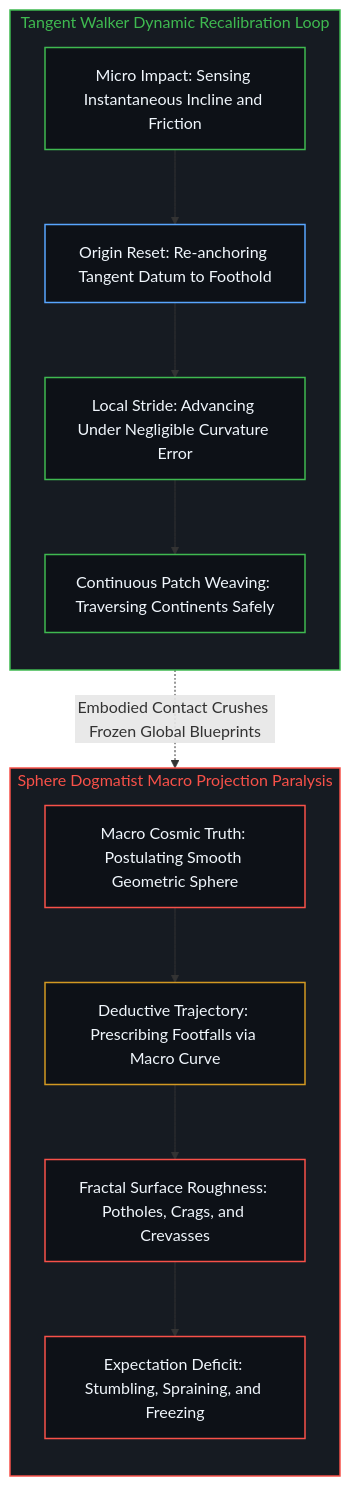
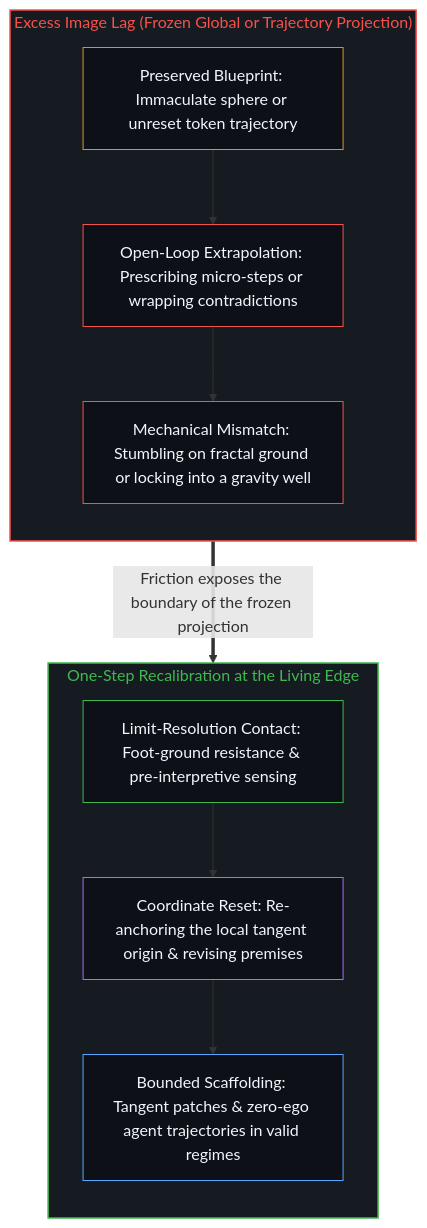
One commit to powerpig99/not-a-toe changed the second of 2 diagrams in content/posts/the-walking-tangent-and-the-stumbling-sphere.md. Above: the diagram before and after it, drawn with Mermaid. The commit also changed other lines of this file and 1 other file, not shown here.

Commit message:
Refine the-walking-tangent-and-the-stumbling-sphere (Wave 3 L2 #135)

````diff
--- a/content/posts/the-walking-tangent-and-the-stumbling-sphere.md
+++ b/content/posts/the-walking-tangent-and-the-stumbling-sphere.md
@@ -61,31 +79,29 @@
 ```mermaid
 flowchart TD
-    classDef default fill:#0d1117,stroke:#30363d,stroke-width:1px,color:#f0f6fc;
-    classDef mind fill:#0d1117,stroke:#3fb950,stroke-width:1.5px,color:#f0f6fc;
-    classDef warn fill:#0d1117,stroke:#d29922,stroke-width:1.5px,color:#f0f6fc;
-    classDef fail fill:#0d1117,stroke:#f85149,stroke-width:1.5px,color:#f0f6fc;
-    classDef model fill:#0d1117,stroke:#58a6ff,stroke-width:1.5px,color:#f0f6fc;
-
-    subgraph S_TangentWalker ["Tangent Walker Dynamic Recalibration Loop"]
+    subgraph S_Frozen ["Excess Image Lag (Frozen Global or Trajectory Projection)"]
         direction TB
-        FootstepImpact["Micro Impact: Sensing Instantaneous Incline and Friction"]:::mind
-        ResetOrigin["Origin Reset: Re-anchoring Tangent Datum to Foothold"]:::model
-        LocalStep["Local Stride: Advancing Under Negligible Curvature Error"]:::mind
-        InfinitePatch["Continuous Patch Weaving: Traversing Continents Safely"]:::mind
-        FootstepImpact --> ResetOrigin --> LocalStep --> InfinitePatch
+        MacroModel["Preserved Blueprint: Immaculate sphere or unreset token trajectory"]
+        OpenLoop["Open-Loop Extrapolation: Prescribing micro-steps or wrapping contradictions"]
+        Stumble["Mechanical Mismatch: Stumbling on fractal ground or locking into a gravity well"]
+        MacroModel --> OpenLoop --> Stumble
     end
 
-    subgraph S_SphereDogmatist ["Sphere Dogmatist Macro Projection Paralysis"]
+    subgraph S_Recal ["One-Step Recalibration at the Living Edge"]
         direction TB
-        GlobalSphere["Macro Cosmic Truth: Postulating Smooth Geometric Sphere"]:::fail
-        RigidCurvature["Deductive Trajectory: Prescribing Footfalls via Macro Curve"]:::warn
-        FracturedGround["Fractal Surface Roughness: Potholes, Crags, and Crevasses"]:::fail
-        StumbleParalysis["Expectation Deficit: Stumbling, Spraining, and Freezing"]:::fail
-        GlobalSphere --> RigidCurvature --> FracturedGround --> StumbleParalysis
+        Contact["Limit-Resolution Contact: Foot-ground resistance & pre-interpretive sensing"]
+        Reset["Coordinate Reset: Re-anchoring the local tangent origin & revising premises"]
+        Medium["Bounded Scaffolding: Tangent patches & zero-ego agent trajectories in valid regimes"]
+        Contact --> Reset --> Medium
     end
 
-    S_TangentWalker -.-> |Embodied Contact Crushes Frozen Global Blueprints| S_SphereDogmatist
+    Stumble ==>|"Friction exposes the boundary of the frozen projection"| Contact
 
-    style S_TangentWalker fill:#161b22,stroke:#3fb950,stroke-width:1.5px,color:#3fb950
-    style S_SphereDogmatist fill:#161b22,stroke:#f85149,stroke-width:1.5px,color:#f85149
+    style S_Frozen fill:#161b22,stroke:#f85149,stroke-width:1.5px,color:#f85149
+    style S_Recal fill:#161b22,stroke:#3fb950,stroke-width:1.5px,color:#3fb950
+    style MacroModel fill:#0d1117,stroke:#d29922,stroke-width:1px,color:#f0f6fc
+    style OpenLoop fill:#0d1117,stroke:#f85149,stroke-width:1px,color:#f0f6fc
+    style Stumble fill:#0d1117,stroke:#f85149,stroke-width:1px,color:#f0f6fc
+    style Contact fill:#0d1117,stroke:#3fb950,stroke-width:1px,color:#f0f6fc
+    style Reset fill:#0d1117,stroke:#a371f7,stroke-width:1px,color:#f0f6fc
+    style Medium fill:#0d1117,stroke:#58a6ff,stroke-width:1px,color:#f0f6fc
 ```
````
